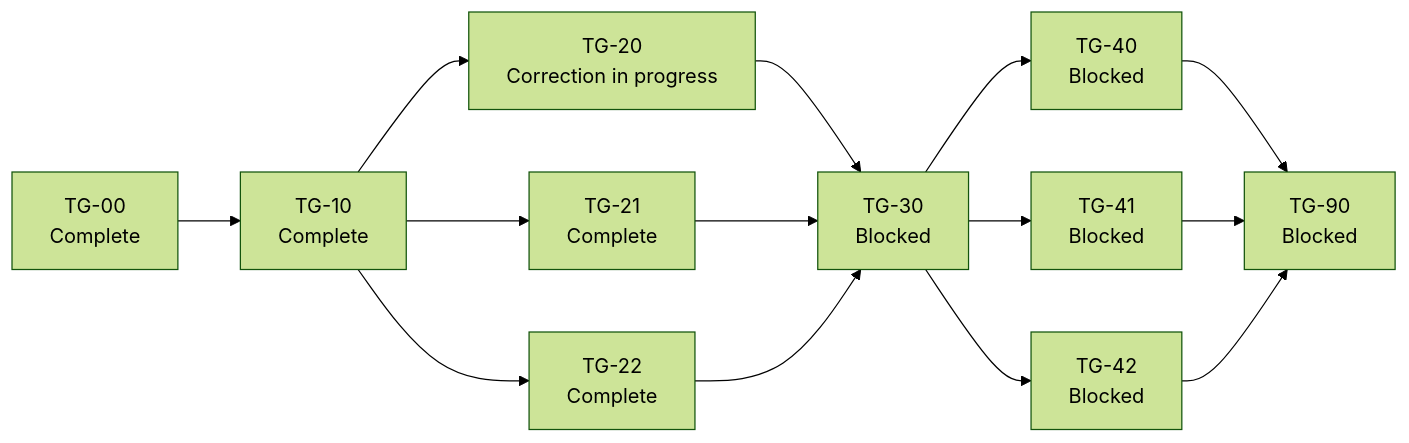
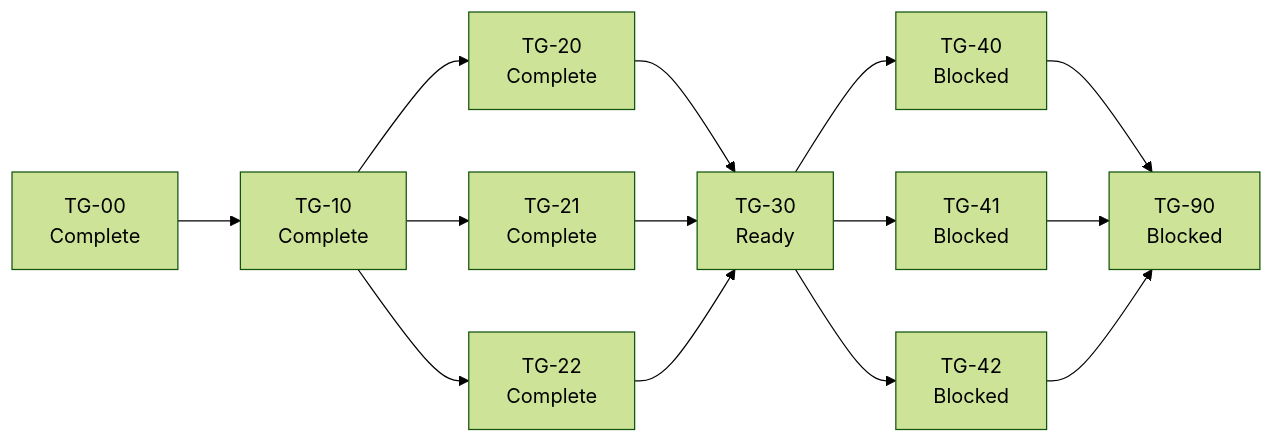
Before and after one commit to vatsalsaglani/rafu: the diagram in docs/plans/phases/terminal-groups/manifest.md, drawn with Mermaid (forest theme). The commit also changed other lines of this file, not shown here.

Commit message:
docs: approve TG-20 adoption correction

````diff
--- a/docs/plans/phases/terminal-groups/manifest.md
+++ b/docs/plans/phases/terminal-groups/manifest.md
@@ -9,27 +9,27 @@
 ```mermaid
 flowchart LR
     D["TG-00<br/>Complete"]
     C["TG-10<br/>Complete"]
-    R["TG-20<br/>Correction in progress"]
+    R["TG-20<br/>Complete"]
     V["TG-21<br/>Complete"]
     S["TG-22<br/>Complete"]
-    W["TG-30<br/>Blocked"]
+    W["TG-30<br/>Ready"]
     M["TG-40<br/>Blocked"]
     K["TG-41<br/>Blocked"]
     A["TG-42<br/>Blocked"]
     Q["TG-90<br/>Blocked"]
 
     D --> C
     C --> R
     C --> V
     C --> S
     R --> W
     V --> W
     S --> W
     W --> M
     W --> K
     W --> A
     M --> Q
     K --> Q
     A --> Q
 ```
````
